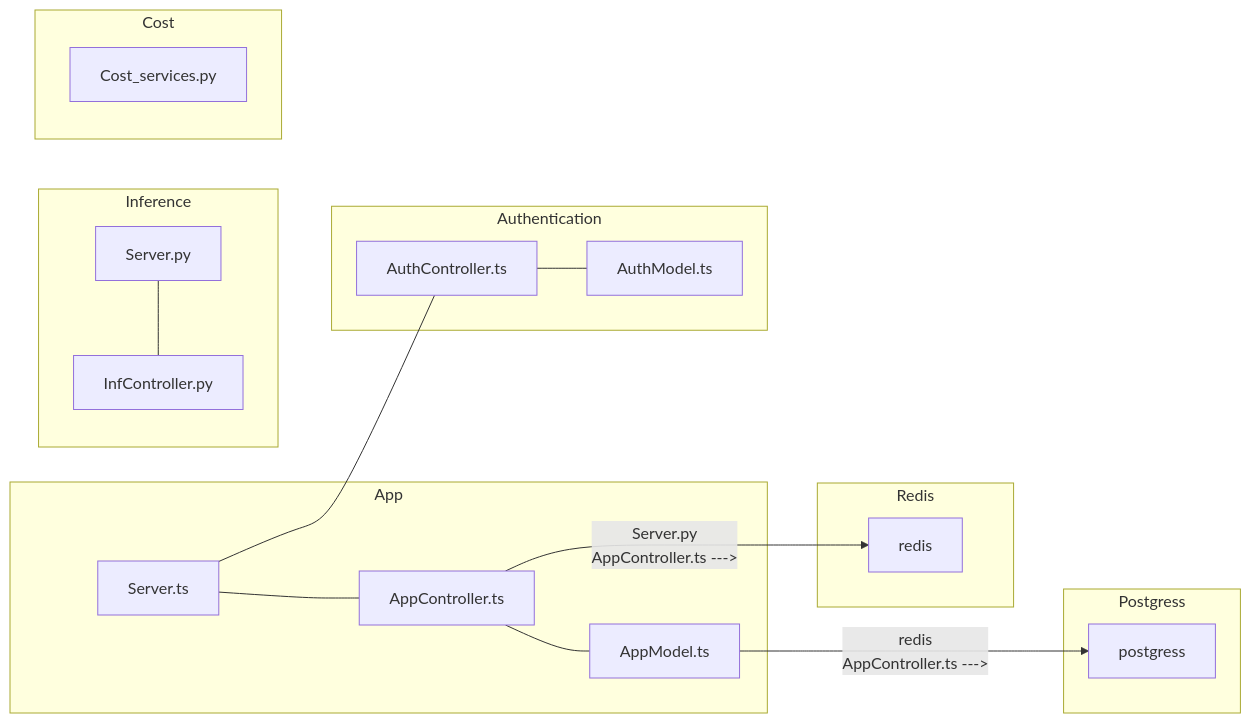
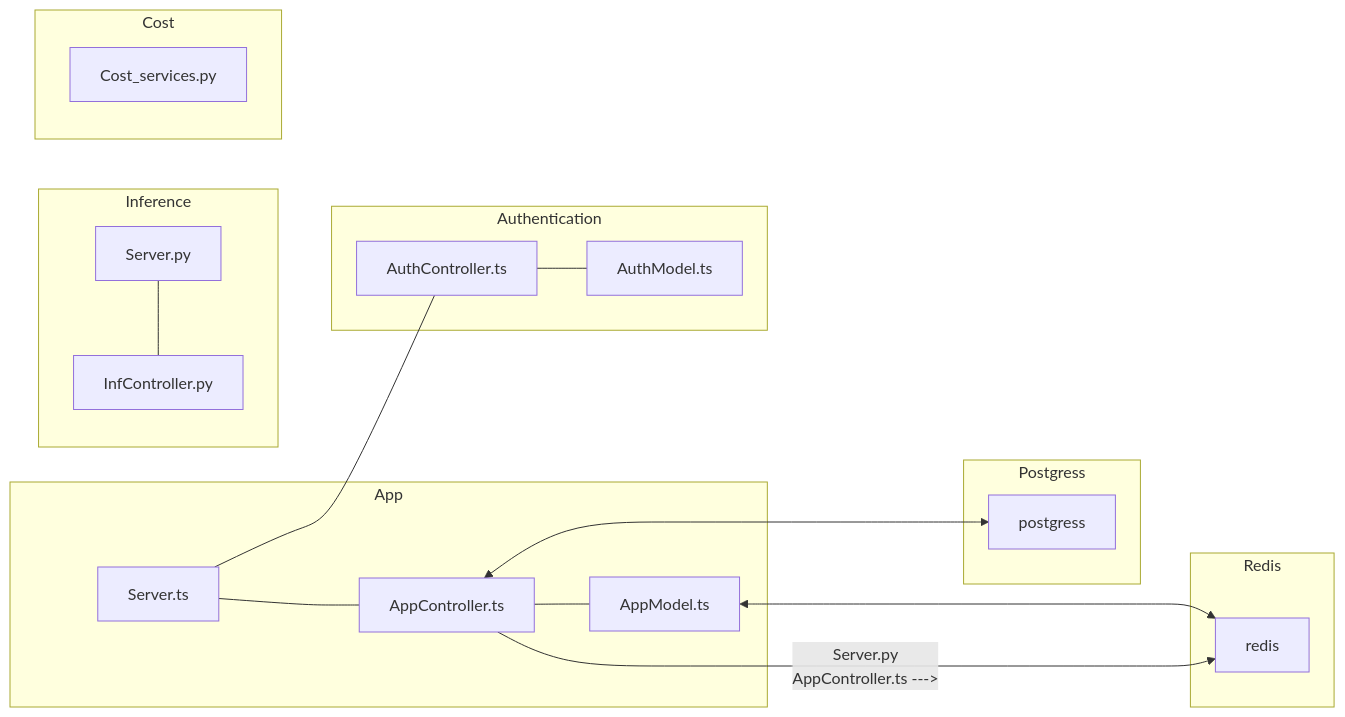
The second of 8 diagrams in README.md (AgneseBruglia/PA2024), drawn with Mermaid before and after one commit.

````diff
--- a/README.md
+++ b/README.md
@@ -30,41 +30,41 @@
 ```mermaid
 graph LR;
     subgraph App
     Server.ts --- AppController.ts 
     AppController.ts 
     AppModel.ts 
     AppController.ts --- AppModel.ts
     end
 
     subgraph Redis
     redis
     end
 
     subgraph Authentication
     Server.ts --- AuthController.ts
     AuthController.ts 
     AuthModel.ts 
     AuthController.ts --- AuthModel.ts
     end
 
     subgraph Inference
     Server.py --- InfController.py
     InfController.py
     end
 
     subgraph Postgress
     postgress
     end
 
     subgraph Cost
     Cost_services.py
     end
 
-    AppModel.ts --->| redis
-    AppController.ts --->| postgress
+    AppModel.ts <---> redis
+    AppController.ts <---> postgress
     AppController.ts --->| Server.py
     AppController.ts --->| redis
      
 
     
 ```
````
